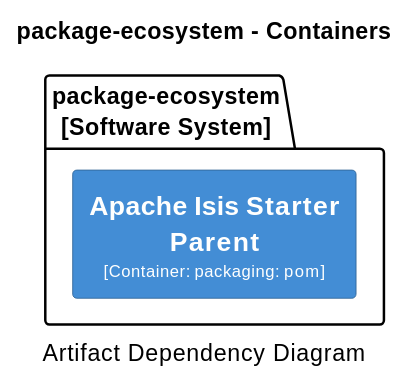
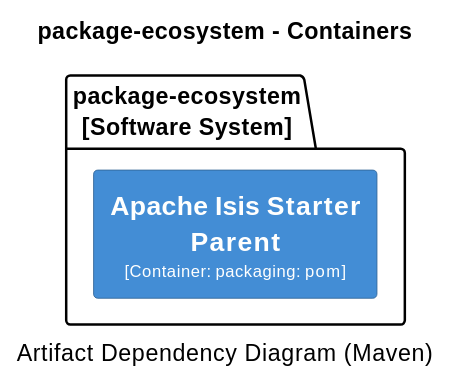
The fourth of 18 diagrams in antora/components/system/modules/ROOT/pages/about.adoc (apache/causeway), drawn with PlantUML before and after one commit. The commit also changed other lines of this file and 2 other files, not shown here.

Commit message:
ISIS-2437: add relations to c4 diagrams (System Overview)

```diff
--- a/antora/components/system/modules/ROOT/pages/about.adoc
+++ b/antora/components/system/modules/ROOT/pages/about.adoc
@@ -552,24 +564,24 @@
 [plantuml,App,svg]
 ----
 @startuml(id=App)
 title package-ecosystem - Containers
-caption Artifact Dependency Diagram
+caption Artifact Dependency Diagram (Maven)
 
 skinparam {
   shadowing false
   arrowFontSize 10
   defaultTextAlignment center
   wrapWidth 200
   maxMessageSize 100
 }
 hide stereotype
 skinparam rectangle<<2>> {
   BackgroundColor #438dd5
   FontColor #fffffe
   BorderColor #2E6295
 }
 package "package-ecosystem\n[Software System]" {
   rectangle "==Apache Isis Starter Parent\n<size:10>[Container: packaging: pom]</size>" <<2>> as 2
 }
 @enduml
 ----
```
